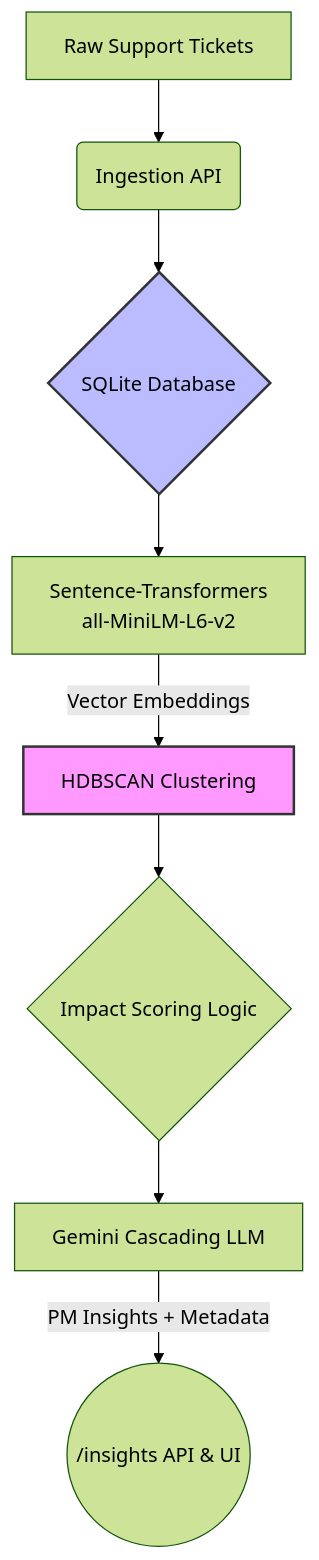
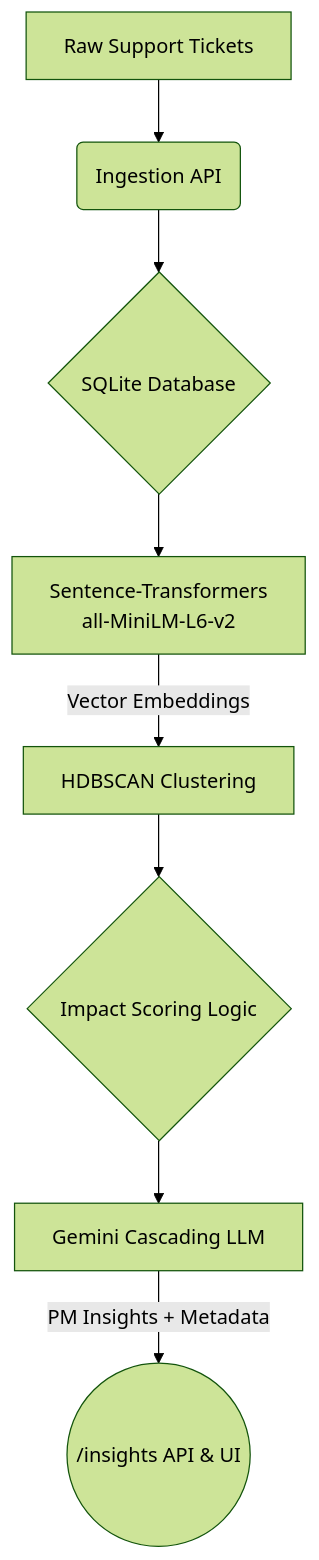
One commit to PixelCode01/emerging-issue-detector changed the diagram in REASONING.md. Above: the diagram before and after it, drawn with Mermaid (forest theme).

````diff
--- a/REASONING.md
+++ b/REASONING.md
@@ -9,13 +9,12 @@
 ```mermaid
 flowchart TD
     A[Raw Support Tickets] --> B(Ingestion API)
     B --> C{SQLite Database}
     C --> D[Sentence-Transformers\nall-MiniLM-L6-v2]
     D -->|Vector Embeddings| E[HDBSCAN Clustering]
     E --> F{Impact Scoring Logic}
     F --> H[Gemini Cascading LLM]
     H -->|PM Insights + Metadata| G((/insights API & UI))
     
-    style E fill:#f9f,stroke:#333,stroke-width:2px
-    style C fill:#bbf,stroke:#333,stroke-width:2px
+   
 ```
````
